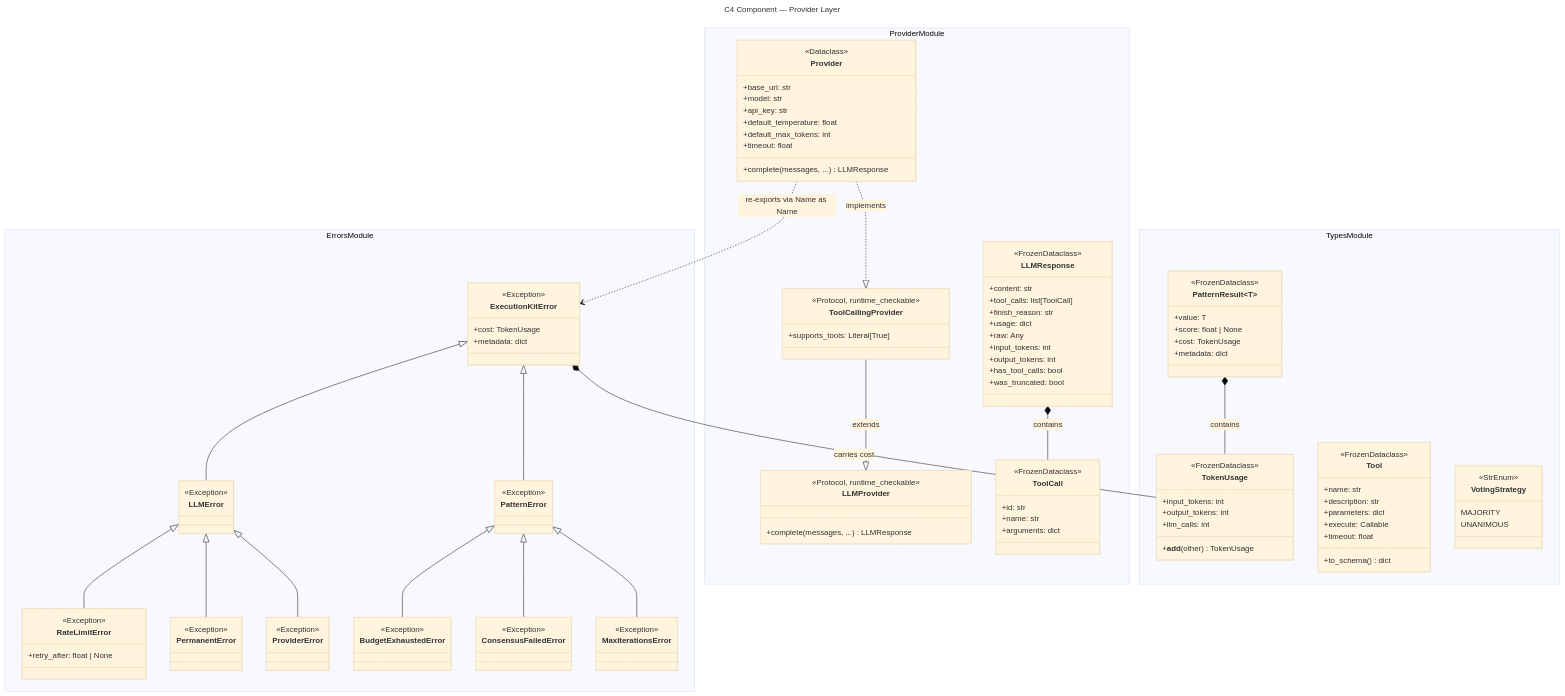
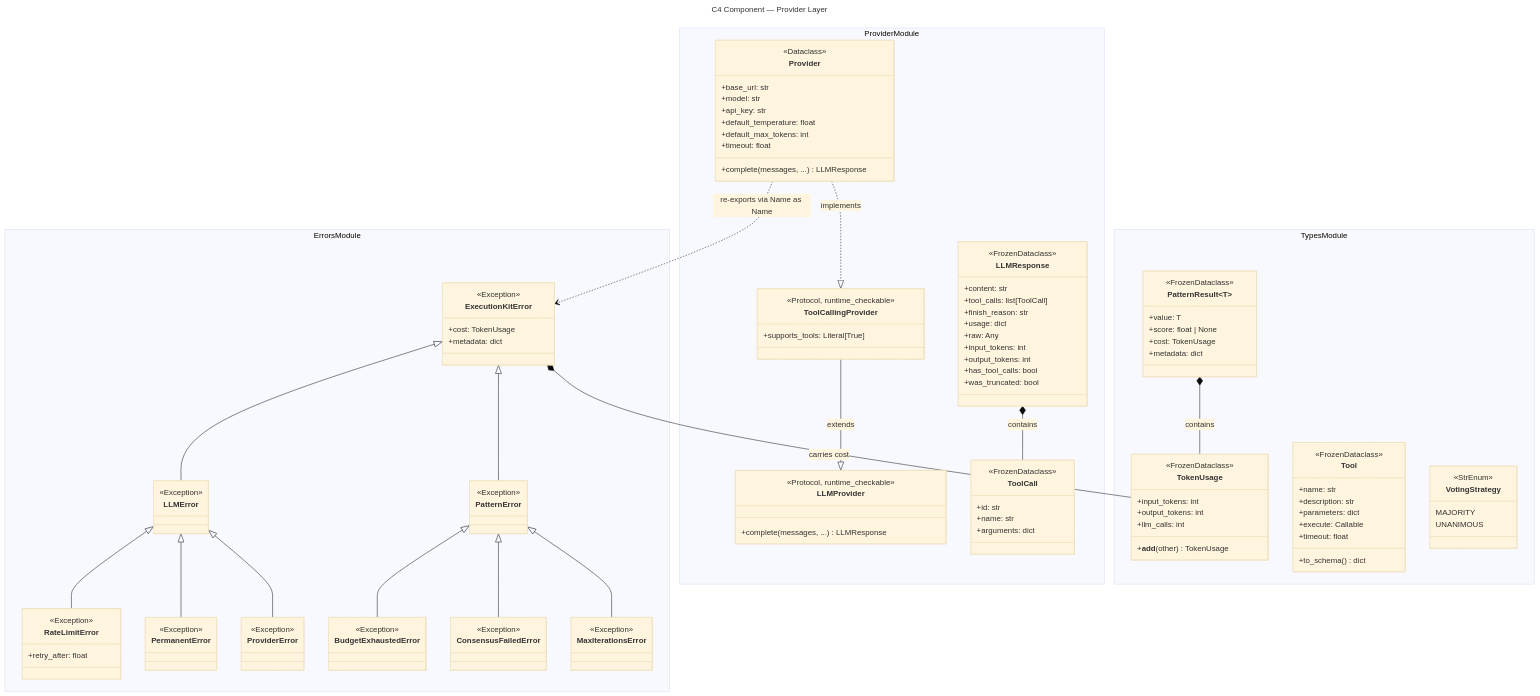
The diagram in docs/c4/c4-component-provider-layer.md (tafreeman/executionkit), drawn with Mermaid (base theme) before and after one commit. The commit also changed 3 other files, not shown here.

```diff
--- a/docs/c4/c4-component-provider-layer.md
+++ b/docs/c4/c4-component-provider-layer.md
@@ -162,7 +162,7 @@
         }
         class RateLimitError {
             <<Exception>>
-            +retry_after: float | None
+            +retry_after: float
         }
         class PermanentError {
             <<Exception>>
```
